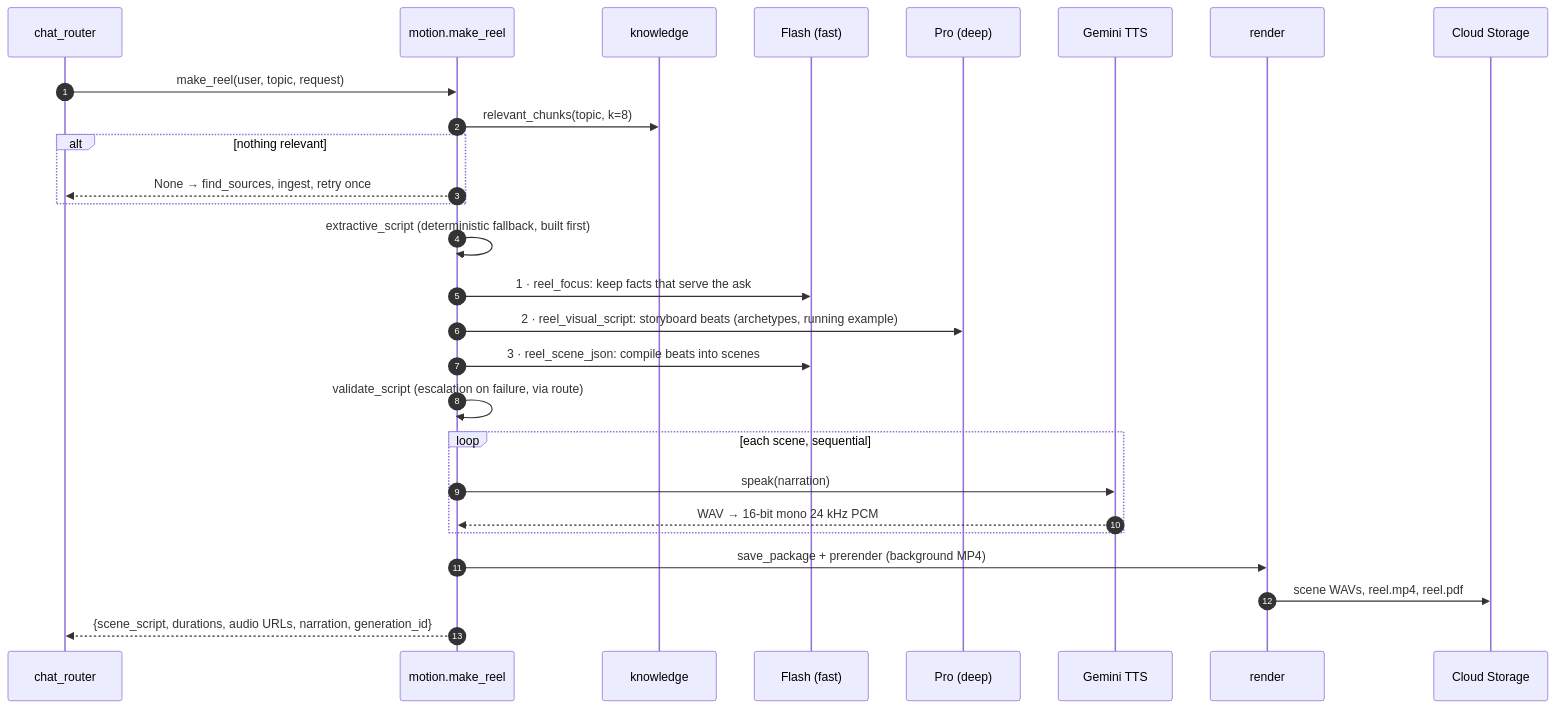
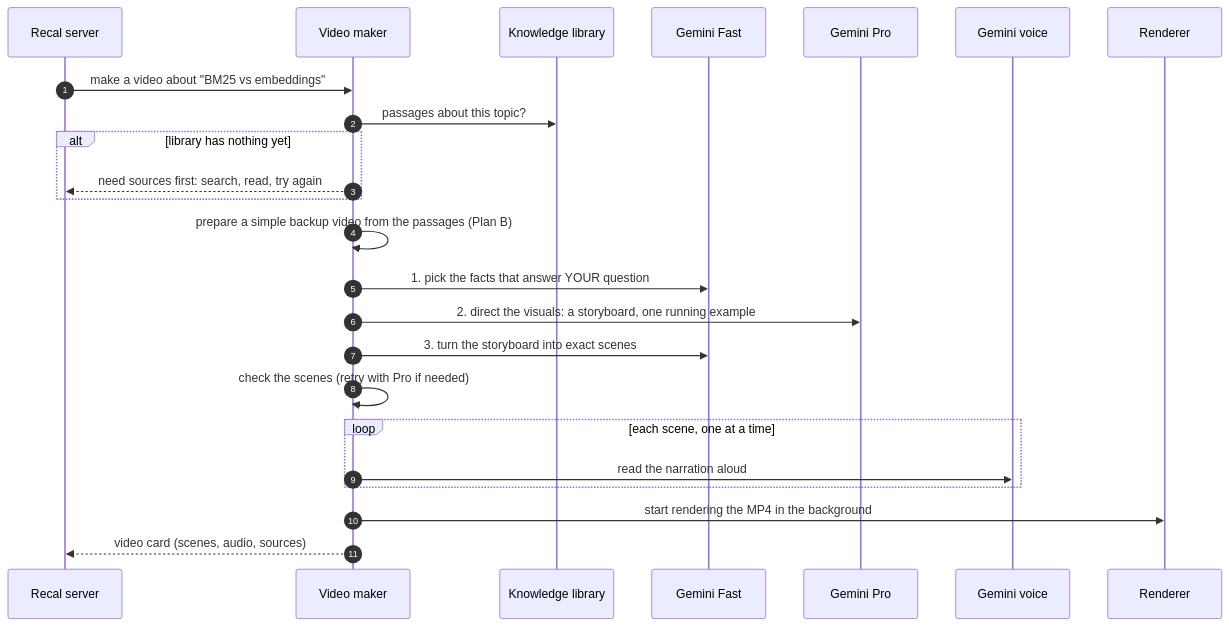
Before and after one commit to Chaitanya674/Recal-AI: the eighth of 19 diagrams in docs/DOCUMENTATION.md, drawn with Mermaid. The commit also changed other lines of this file, not shown here.

````diff
--- a/docs/DOCUMENTATION.md
+++ b/docs/DOCUMENTATION.md
@@ -374,30 +398,27 @@
 ```mermaid
 sequenceDiagram
     autonumber
-    participant CR as chat_router
-    participant M as motion.make_reel
-    participant K as knowledge
-    participant F as Flash (fast)
-    participant P as Pro (deep)
-    participant T as Gemini TTS
-    participant R as render
-    participant GCS as Cloud Storage
+    participant Srv as Recal server
+    participant Vid as Video maker
+    participant Lib as Knowledge library
+    participant Fast as Gemini Fast
+    participant Pro as Gemini Pro
+    participant Voice as Gemini voice
+    participant Ren as Renderer
 
-    CR->>M: make_reel(user, topic, request)
-    M->>K: relevant_chunks(topic, k=8)
-    alt nothing relevant
-        M-->>CR: None → find_sources, ingest, retry once
+    Srv->>Vid: make a video about "BM25 vs embeddings"
+    Vid->>Lib: passages about this topic?
+    alt library has nothing yet
+        Vid-->>Srv: need sources first: search, read, try again
     end
-    M->>M: extractive_script (deterministic fallback, built first)
-    M->>F: 1 · reel_focus: keep facts that serve the ask
-    M->>P: 2 · reel_visual_script: storyboard beats (archetypes, running example)
-    M->>F: 3 · reel_scene_json: compile beats into scenes
-    M->>M: validate_script (escalation on failure, via route)
-    loop each scene, sequential
-        M->>T: speak(narration)
-        T-->>M: WAV → 16-bit mono 24 kHz PCM
+    Vid->>Vid: prepare a simple backup video from the passages (Plan B)
+    Vid->>Fast: 1. pick the facts that answer YOUR question
+    Vid->>Pro: 2. direct the visuals: a storyboard, one running example
+    Vid->>Fast: 3. turn the storyboard into exact scenes
+    Vid->>Vid: check the scenes (retry with Pro if needed)
+    loop each scene, one at a time
+        Vid->>Voice: read the narration aloud
     end
-    M->>R: save_package + prerender (background MP4)
-    R->>GCS: scene WAVs, reel.mp4, reel.pdf
-    M-->>CR: {scene_script, durations, audio URLs, narration, generation_id}
+    Vid->>Ren: start rendering the MP4 in the background
+    Vid-->>Srv: video card (scenes, audio, sources)
 ```
````
